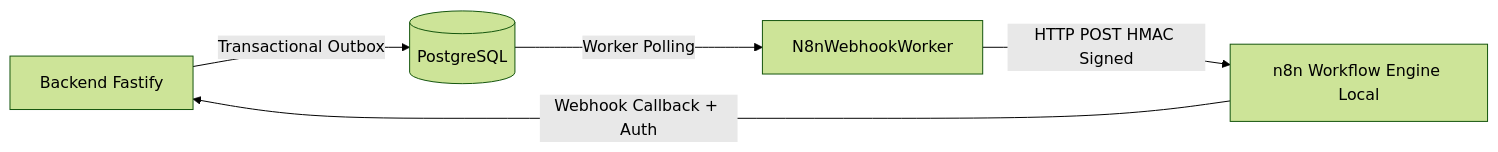
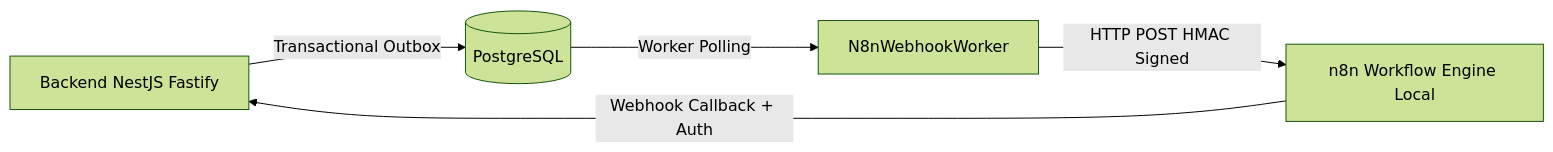
One commit to lyvoxconsult/lyvoxcorp changed the diagram in docs/planejamento/13-INTEGRACOES-N8N-IA-E-SERVICOS-EXTERNOS.md. Above: the diagram before and after it, drawn with Mermaid (forest theme). The commit also changed other lines of this file and 28 other files, not shown here.

````diff
--- a/docs/planejamento/13-INTEGRACOES-N8N-IA-E-SERVICOS-EXTERNOS.md
+++ b/docs/planejamento/13-INTEGRACOES-N8N-IA-E-SERVICOS-EXTERNOS.md
@@ -25,7 +25,7 @@
 ```mermaid
 graph LR
-    API[Backend Fastify] -->|Transactional Outbox| DB[(PostgreSQL)]
+    API[Backend NestJS Fastify] -->|Transactional Outbox| DB[(PostgreSQL)]
     DB -->|Worker Polling| Worker[N8nWebhookWorker]
     Worker -->|HTTP POST HMAC Signed| N8N[n8n Workflow Engine Local]
     N8N -->|Webhook Callback + Auth| API
 ```
````
